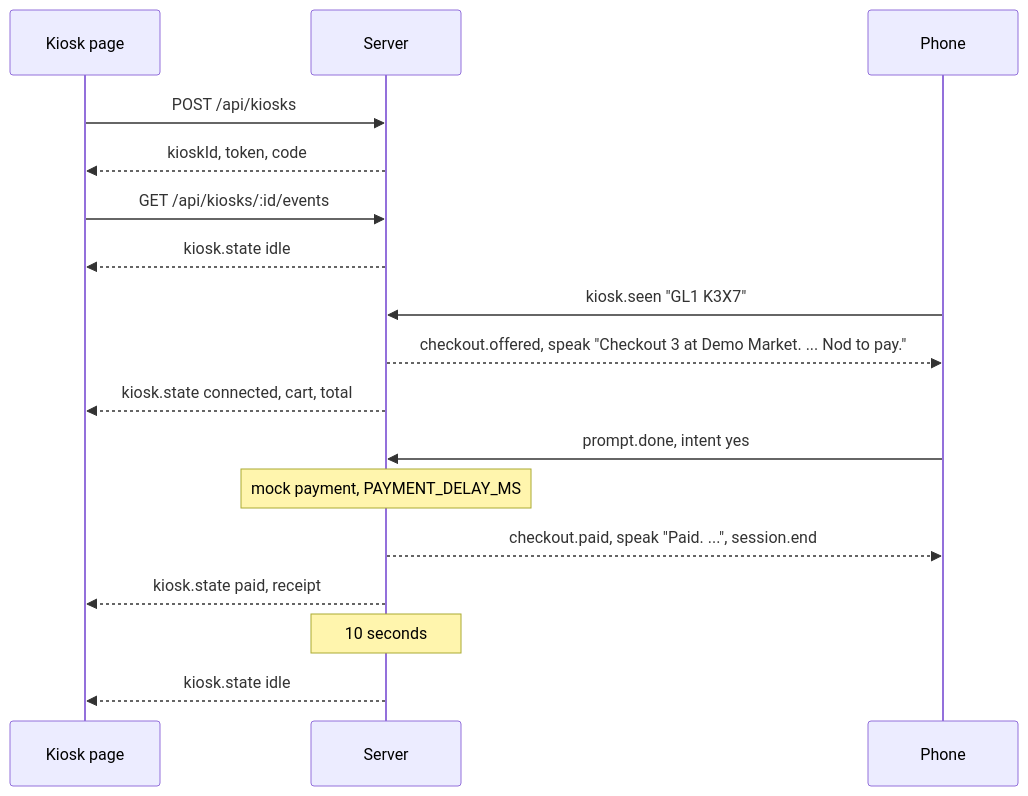
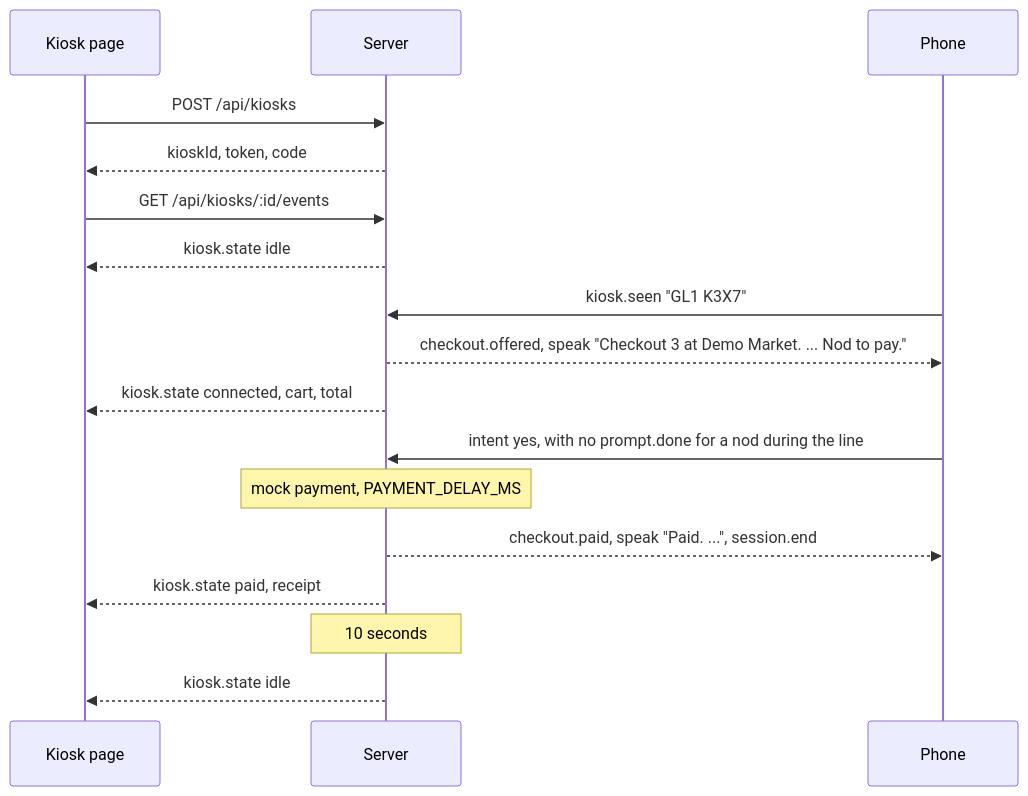
Before and after one commit to mrBymax/glance: the seventh of 15 diagrams in apps/server/README.md, drawn with Mermaid. The commit also changed other lines of this file and 5 other files, not shown here.

First line of the commit message:
feat(server): take a head answer for the pay prompt before prompt.done

````diff
--- a/apps/server/README.md
+++ b/apps/server/README.md
@@ -1330,19 +1330,19 @@
 ```mermaid
 sequenceDiagram
   participant Kiosk as Kiosk page
   participant Server
   participant Phone
   Kiosk->>Server: POST /api/kiosks
   Server-->>Kiosk: kioskId, token, code
   Kiosk->>Server: GET /api/kiosks/:id/events
   Server-->>Kiosk: kiosk.state idle
   Phone->>Server: kiosk.seen "GL1 K3X7"
   Server-->>Phone: checkout.offered, speak "Checkout 3 at Demo Market. ... Nod to pay."
   Server-->>Kiosk: kiosk.state connected, cart, total
-  Phone->>Server: prompt.done, intent yes
+  Phone->>Server: intent yes, with no prompt.done for a nod during the line
   Note over Server: mock payment, PAYMENT_DELAY_MS
   Server-->>Phone: checkout.paid, speak "Paid. ...", session.end
   Server-->>Kiosk: kiosk.state paid, receipt
   Note over Server: 10 seconds
   Server-->>Kiosk: kiosk.state idle
 ```
````
